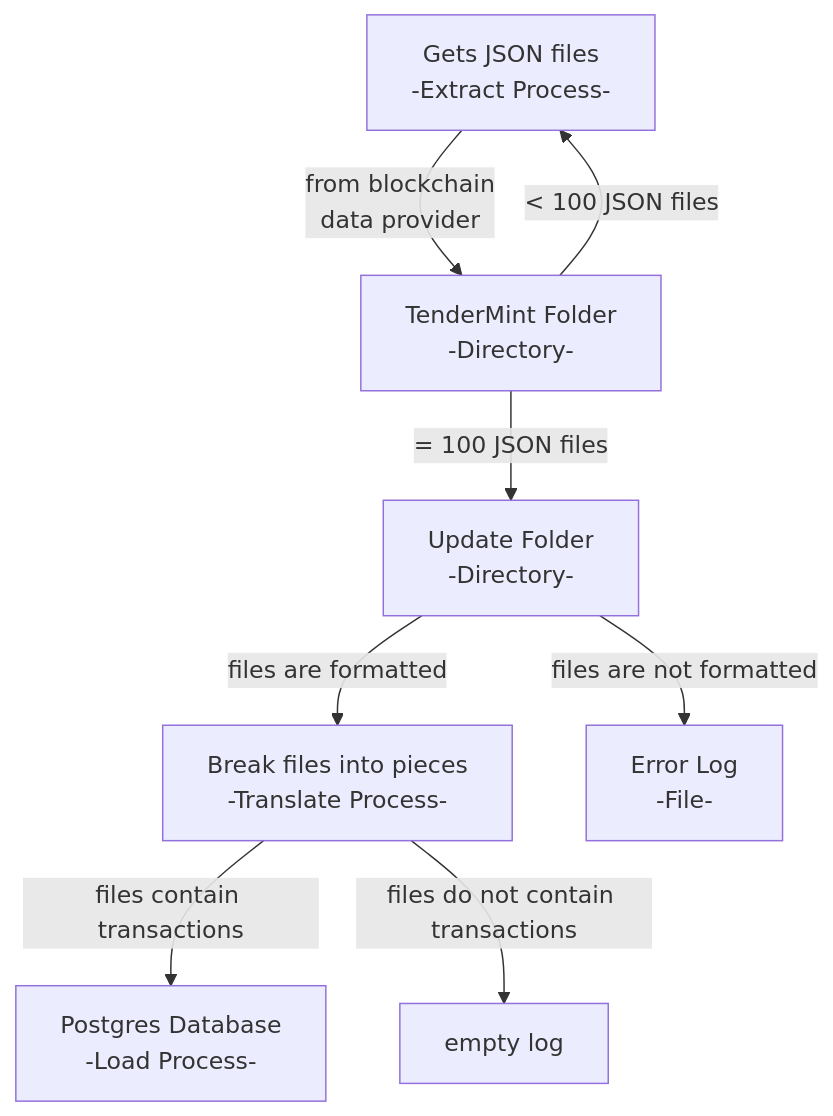
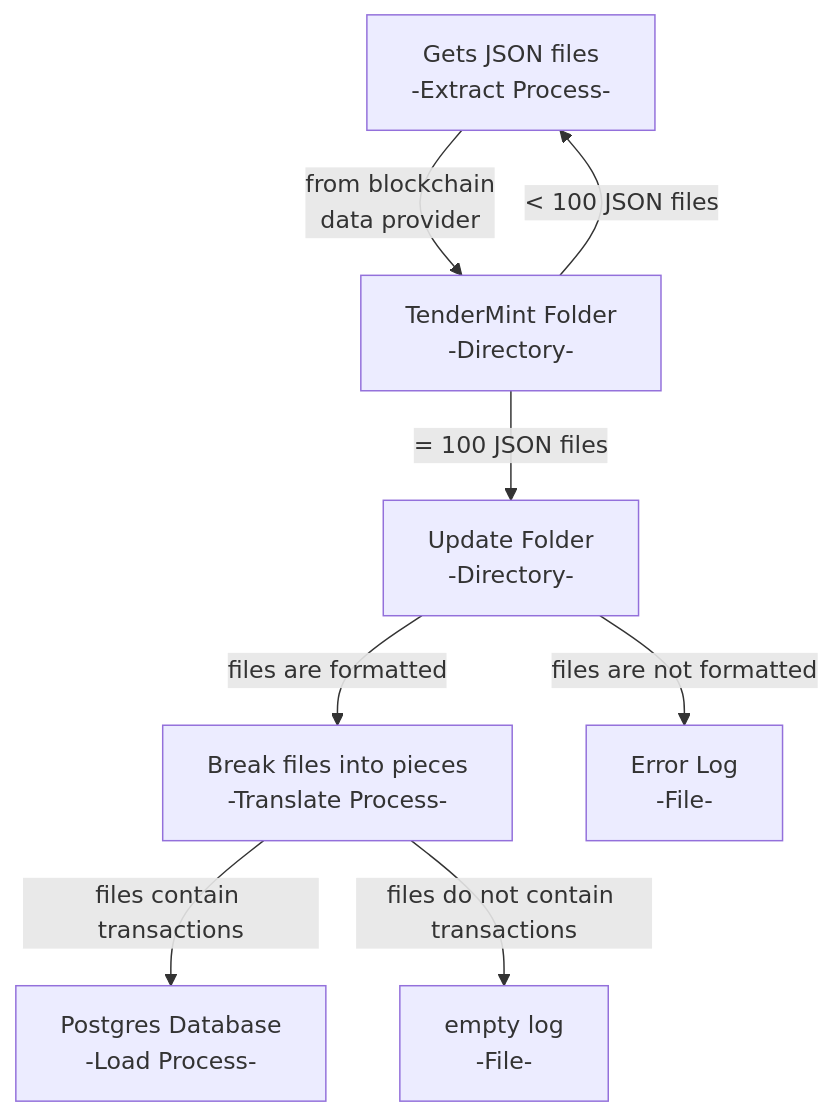
The diagram in README.md (patmcfarland/one), drawn with Mermaid before and after one commit.

````diff
--- a/README.md
+++ b/README.md
@@ -1,16 +1,16 @@
 ```mermaid
 flowchart TD
 A[Gets JSON files<br>-Extract Process-]
 A -- from blockchain<br>data provider --> B
 B[TenderMint Folder<br>-Directory-]
 B -- = 100 JSON files --> C[Update Folder<br>-Directory-]
 B -- < 100 JSON files --> A
 C -- files are formatted --> D
 D[Break files into pieces<br>-Translate Process-]
 C -- files are not formatted --> E
 E[Error Log<br>-File-]
 F[Postgres Database<br>-Load Process-]
 D -- files contain transactions --> F
 D -- files do not contain transactions --> G
-G[empty log]
+G[empty log<br>-File-]
 ```
````
